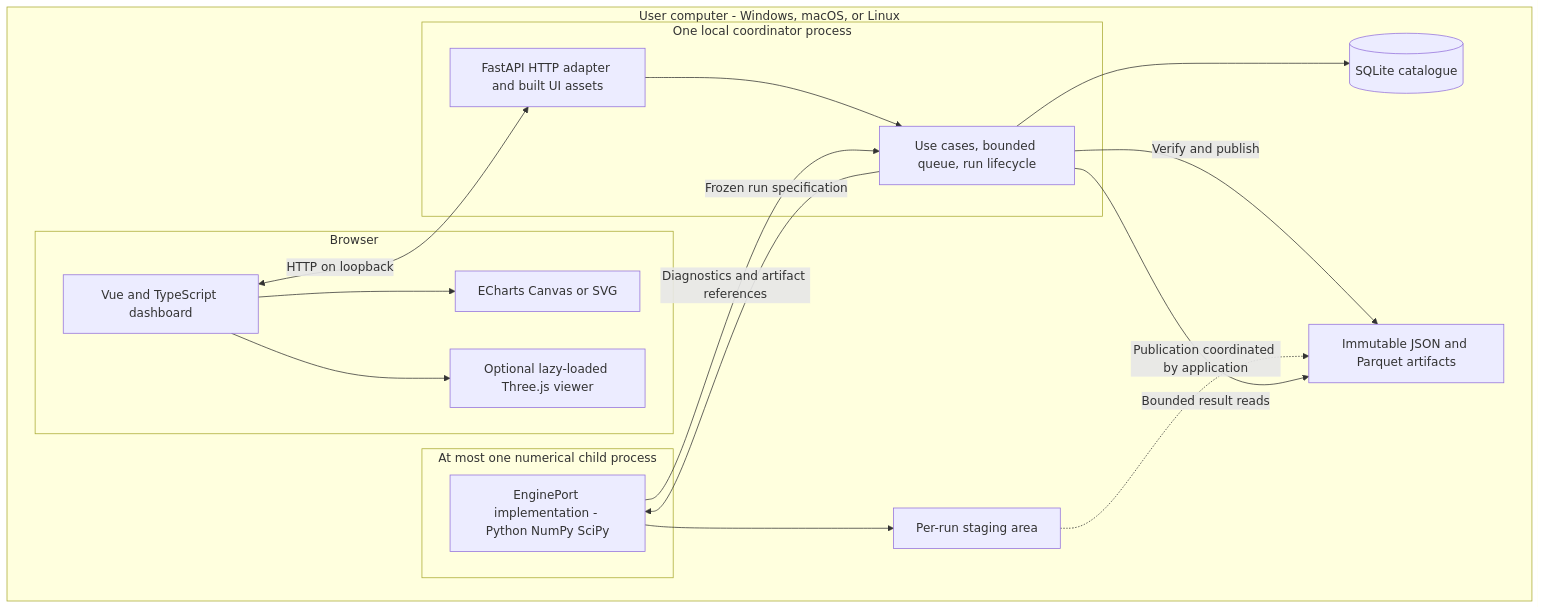
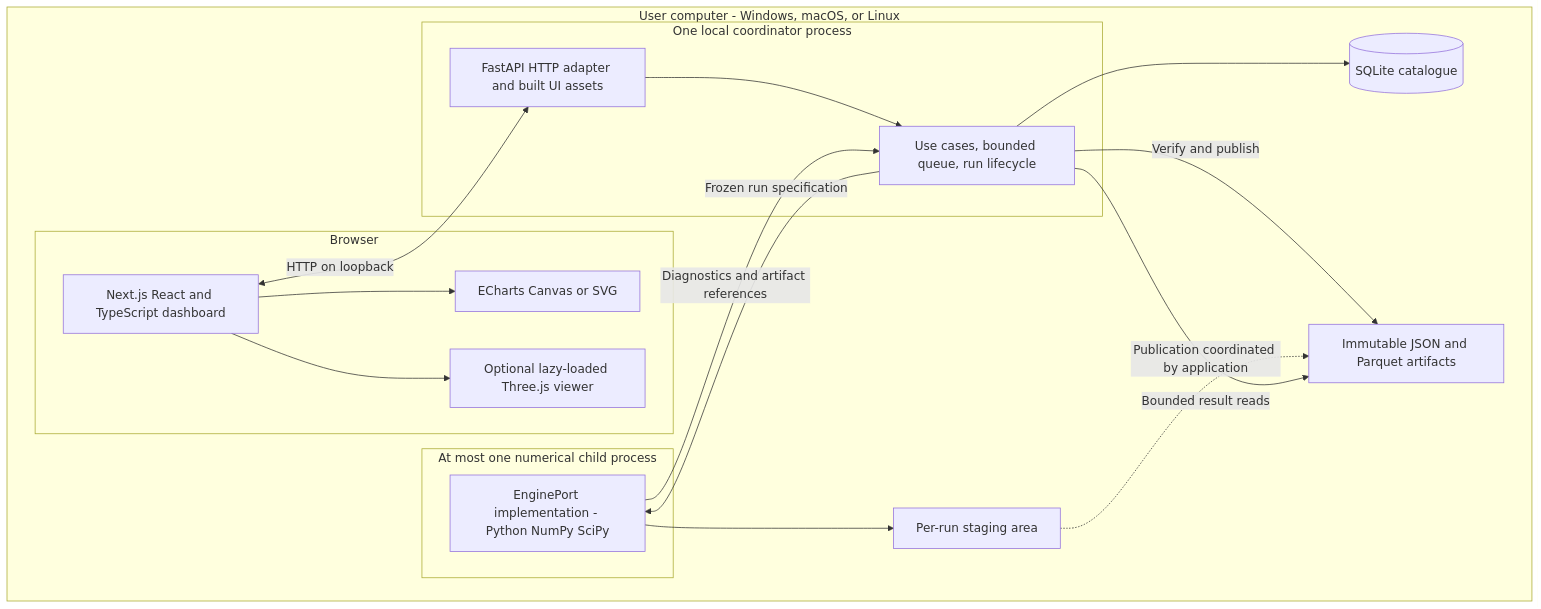
The fourth of 4 diagrams in docs/architecture/README.md (V-Twin-EIP/V-Twin), drawn with Mermaid before and after one commit. The commit also changed other lines of this file and 8 other files, not shown here.

````diff
--- a/docs/architecture/README.md
+++ b/docs/architecture/README.md
@@ -145,31 +145,31 @@
 ```mermaid
 flowchart TB
     subgraph PC["User computer - Windows, macOS, or Linux"]
         subgraph Browser["Browser"]
-            UI["Vue and TypeScript dashboard"]
+            UI["Next.js React and TypeScript dashboard"]
             Charts["ECharts Canvas or SVG"]
             Viewer["Optional lazy-loaded Three.js viewer"]
             UI --> Charts
             UI --> Viewer
         end
         subgraph Service["One local coordinator process"]
             API["FastAPI HTTP adapter and built UI assets"]
             App["Use cases, bounded queue, run lifecycle"]
             API --> App
         end
         subgraph Worker["At most one numerical child process"]
             Engine["EnginePort implementation - Python NumPy SciPy"]
         end
         Catalog[("SQLite catalogue")]
         Staging["Per-run staging area"]
         Artifacts["Immutable JSON and Parquet artifacts"]
         UI <-->|"HTTP on loopback"| API
         App -->|"Frozen run specification"| Engine
         Engine -->|"Diagnostics and artifact references"| App
         Engine --> Staging
         App --> Catalog
         App -->|"Verify and publish"| Artifacts
         Staging -.->|"Publication coordinated by application"| Artifacts
         App -->|"Bounded result reads"| Artifacts
     end
 ```
````
